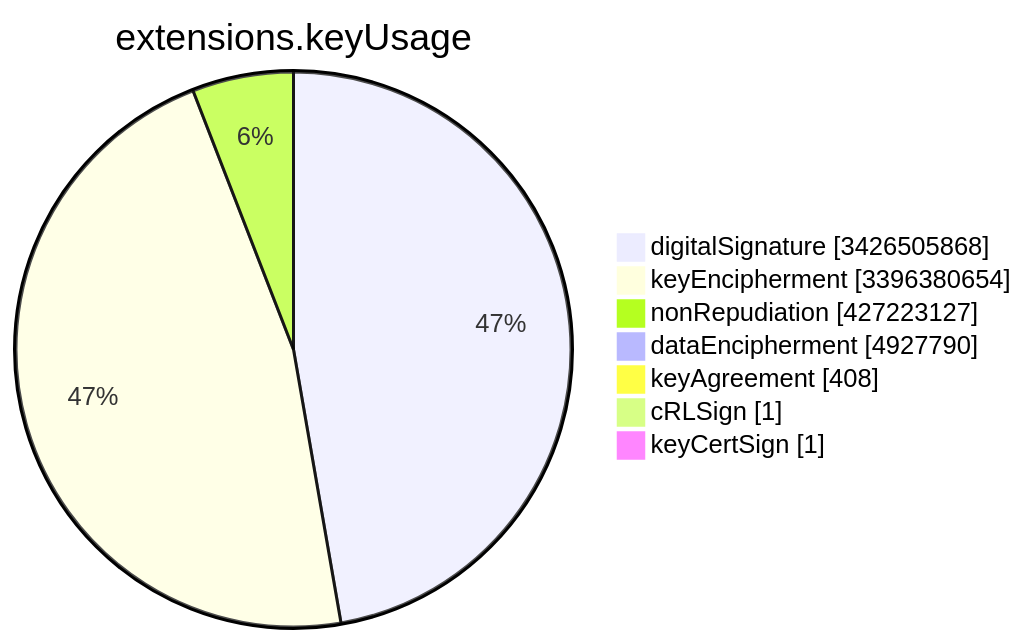
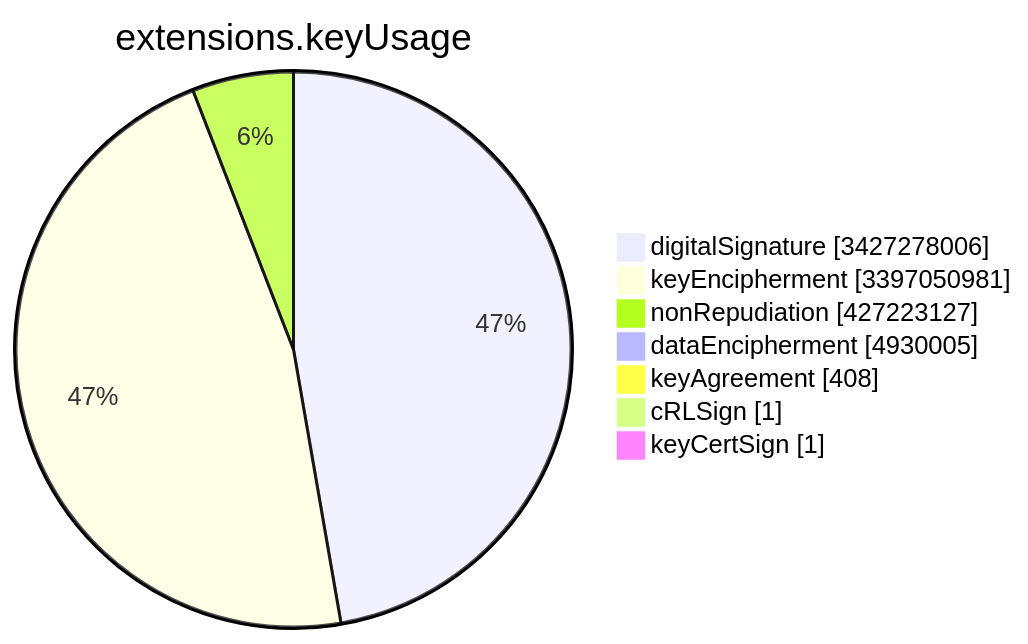
Before and after one commit to christiankrug/ctmonitor_visualization: the sixth of 15 diagrams in TOTAL/README.md, drawn with Mermaid. The commit also changed other lines of this file, not shown here.

````diff
--- a/TOTAL/README.md
+++ b/TOTAL/README.md
@@ -3081,11 +3081,11 @@
 ```mermaid
 pie showData
 title extensions.keyUsage
-"digitalSignature" :3426505868
-"keyEncipherment" :3396380654
+"digitalSignature" :3427278006
+"keyEncipherment" :3397050981
 "nonRepudiation" :427223127
-"dataEncipherment" :4927790
+"dataEncipherment" :4930005
 "keyAgreement" :408
 "cRLSign" :1
 "keyCertSign" :1
 ```
````
